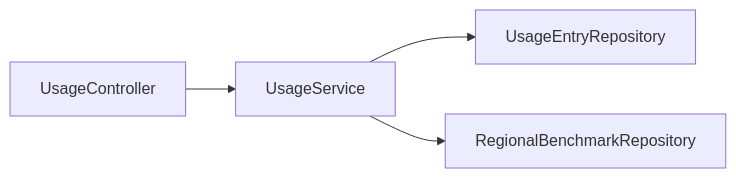
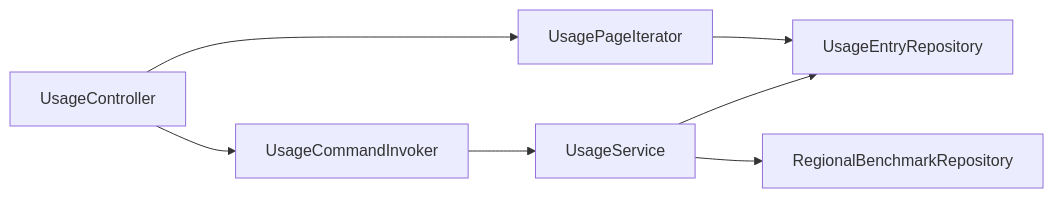
Before and after one commit to ced-kwong29/design-patterns: the second of 33 diagrams in README.md, drawn with Mermaid. The commit also changed other lines of this file and 19 other files, not shown here.

````diff
--- a/README.md
+++ b/README.md
@@ -52,6 +55,9 @@
 ```mermaid
 graph LR
-    UC[UsageController] --> US[UsageService]
+    UC[UsageController] --> UCI[UsageCommandInvoker]
+    UCI --> US[UsageService]
+    UC --> UPI[UsagePageIterator]
     US --> UER[UsageEntryRepository]
     US --> RBR[RegionalBenchmarkRepository]
+    UPI --> UER
 ```
````
